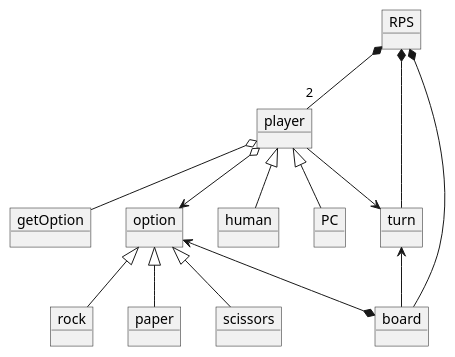
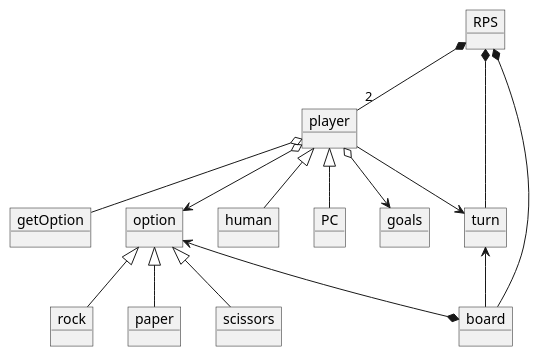
One commit to Baer09/RPS changed the diagram in Documentation/Domain_diagram.plantuml. Above: the diagram before and after it, drawn with PlantUML. The commit also changed 4 other files, not shown here.

Commit message:
finished data diagram, finished controller and view diagram

```diff
--- a/Documentation/Domain_diagram.plantuml
+++ b/Documentation/Domain_diagram.plantuml
@@ -1,42 +1,44 @@
 @startuml
 
 object RPS
 object player
 object getOption
 object rock
 object paper
 object scissors
 object option
 object board
 object turn 
 object human
 object PC
+object goals
 
 
 RPS *--"2" player
 RPS *-- turn
 RPS *-- board
+player o--> goals
 
 
 player o-- getOption
 player <|-- human
 player <|-- PC
 player o--> option
 player --> turn
 turn <-- board
 
 option <--* board
 
 option <|-- rock
 option <|-- scissors
 option <|-- paper
 
 
 
 
 
 
 
 
 
 @enduml
```
